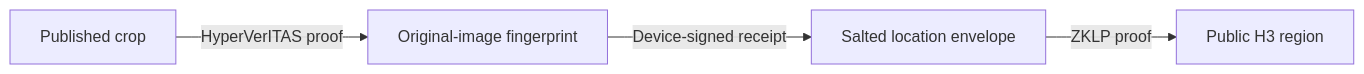
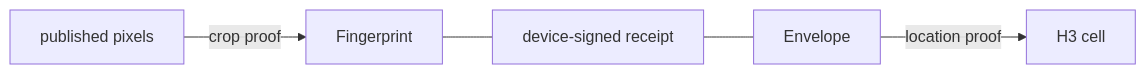
Before and after one commit to C2PA-Thesis/monorepo: the diagram in README.md, drawn with Mermaid. The commit also changed other lines of this file, not shown here.

````diff
--- a/README.md
+++ b/README.md
@@ -32,6 +23,7 @@
 ```mermaid
 flowchart LR
-    P[Published crop] -->|HyperVerITAS proof| F[Original-image fingerprint]
-    F -->|Device-signed receipt| E[Salted location envelope]
-    E -->|ZKLP proof| R[Public H3 region]
+    Pixels[published pixels] -->|crop proof| Fingerprint
+    Fingerprint --- Receipt[device-signed receipt]
+    Receipt --- Envelope
+    Envelope -->|location proof| Cell[H3 cell]
 ```
````
